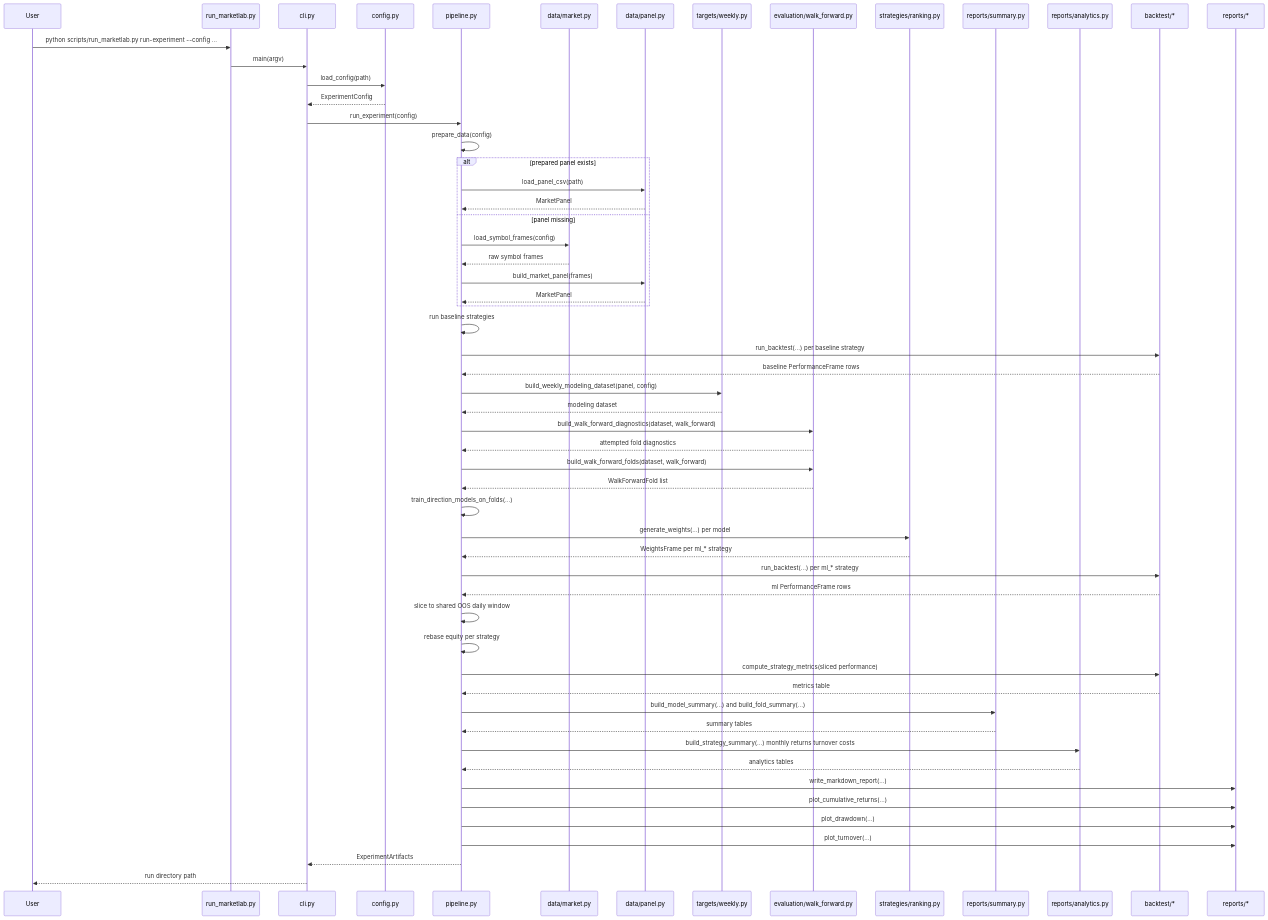
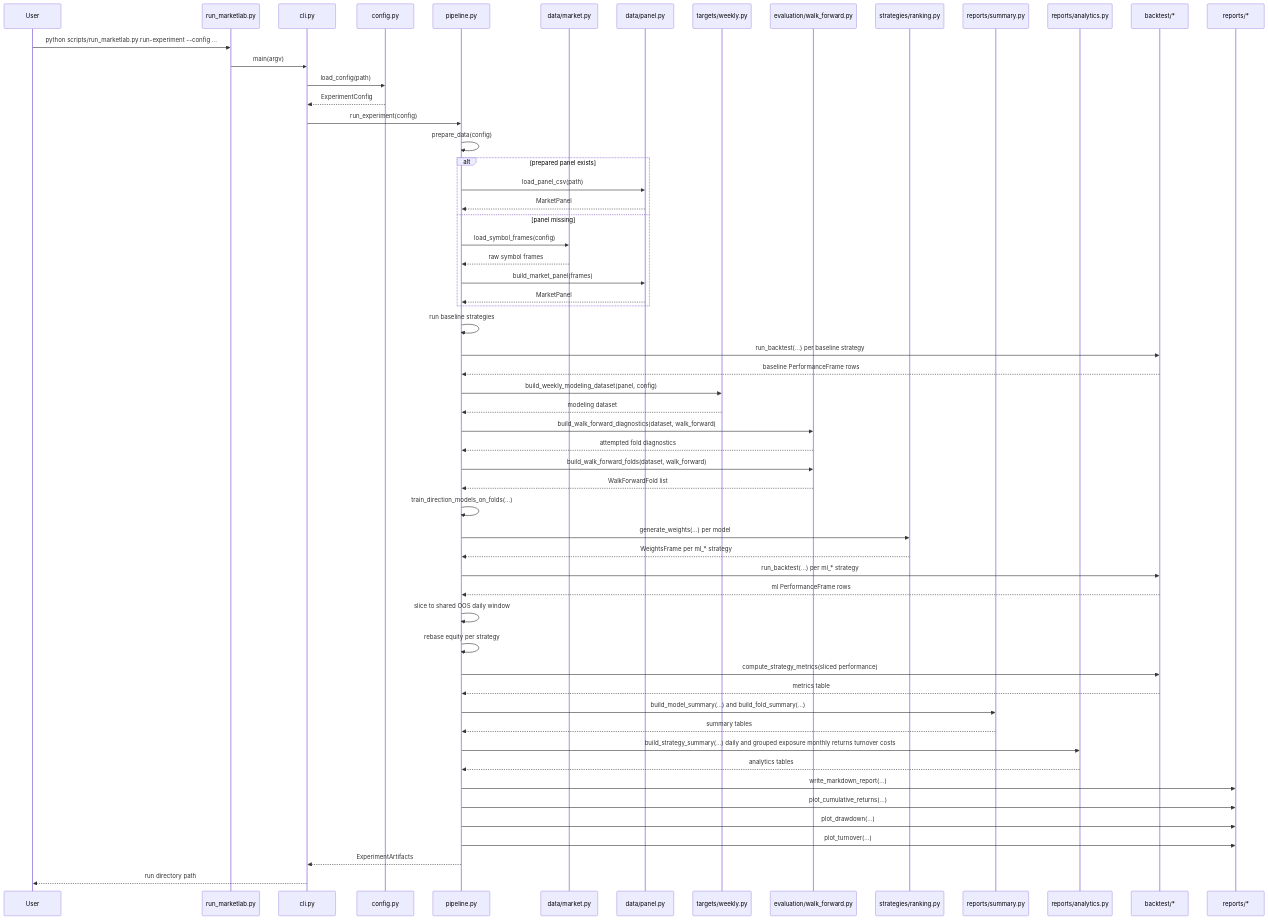
The fourth of 6 diagrams in docs/architecture.md (ricardogr07/market-lab), drawn with Mermaid before and after one commit. The commit also changed other lines of this file and 11 other files, not shown here.

````diff
--- a/docs/architecture.md
+++ b/docs/architecture.md
@@ -154,63 +162,63 @@
 ```mermaid
 sequenceDiagram
     participant U as User
     participant L as run_marketlab.py
     participant C as cli.py
     participant CFG as config.py
     participant P as pipeline.py
     participant M as data/market.py
     participant N as data/panel.py
     participant T as targets/weekly.py
     participant E as evaluation/walk_forward.py
     participant RANK as strategies/ranking.py
     participant SUM as reports/summary.py
     participant AN as reports/analytics.py
     participant B as backtest/*
     participant R as reports/*
 
     U->>L: python scripts/run_marketlab.py run-experiment --config ...
     L->>C: main(argv)
     C->>CFG: load_config(path)
     CFG-->>C: ExperimentConfig
     C->>P: run_experiment(config)
     P->>P: prepare_data(config)
 
     alt prepared panel exists
         P->>N: load_panel_csv(path)
         N-->>P: MarketPanel
     else panel missing
         P->>M: load_symbol_frames(config)
         M-->>P: raw symbol frames
         P->>N: build_market_panel(frames)
         N-->>P: MarketPanel
     end
 
     P->>P: run baseline strategies
     P->>B: run_backtest(...) per baseline strategy
     B-->>P: baseline PerformanceFrame rows
     P->>T: build_weekly_modeling_dataset(panel, config)
     T-->>P: modeling dataset
     P->>E: build_walk_forward_diagnostics(dataset, walk_forward)
     E-->>P: attempted fold diagnostics
     P->>E: build_walk_forward_folds(dataset, walk_forward)
     E-->>P: WalkForwardFold list
     P->>P: train_direction_models_on_folds(...)
     P->>RANK: generate_weights(...) per model
     RANK-->>P: WeightsFrame per ml_* strategy
     P->>B: run_backtest(...) per ml_* strategy
     B-->>P: ml PerformanceFrame rows
     P->>P: slice to shared OOS daily window
     P->>P: rebase equity per strategy
     P->>B: compute_strategy_metrics(sliced performance)
     B-->>P: metrics table
     P->>SUM: build_model_summary(...) and build_fold_summary(...)
     SUM-->>P: summary tables
-    P->>AN: build_strategy_summary(...) monthly returns turnover costs
+    P->>AN: build_strategy_summary(...) daily and grouped exposure monthly returns turnover costs
     AN-->>P: analytics tables
     P->>R: write_markdown_report(...)
     P->>R: plot_cumulative_returns(...)
     P->>R: plot_drawdown(...)
     P->>R: plot_turnover(...)
     P-->>C: ExperimentArtifacts
     C-->>U: run directory path
 ```
````
